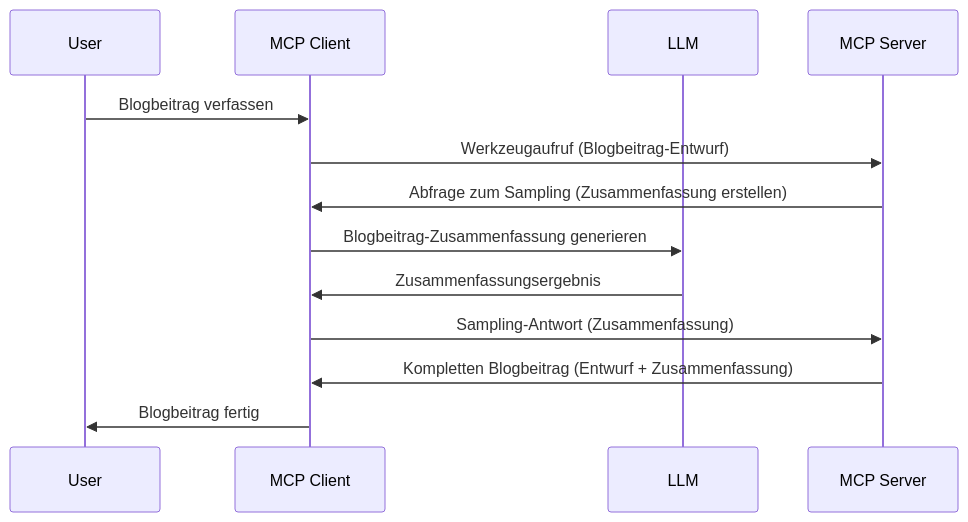
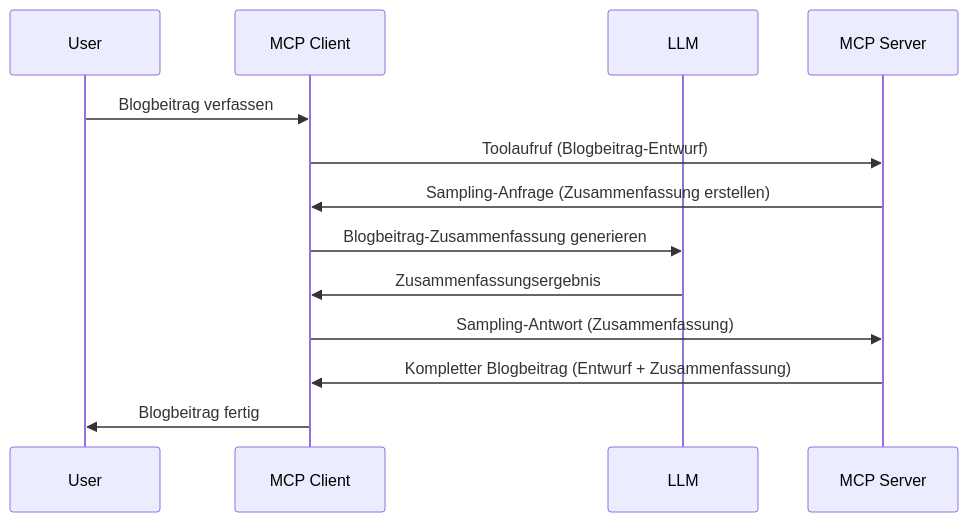
One commit to HIDORAKAI002/ai-workspace-archive changed the diagram in mcp_ecosystem__model_context_protocol/mcp_learning_resources/mcp-for-beginners/translations/de/03-GettingStarted/14-sampling/README.md. Above: the diagram before and after it, drawn with Mermaid. The commit also changed other lines of this file and 1160 other files, not shown here.

````diff
--- a/mcp_ecosystem__model_context_protocol/mcp_learning_resources/mcp-for-beginners/translations/de/03-GettingStarted/14-sampling/README.md
+++ b/mcp_ecosystem__model_context_protocol/mcp_learning_resources/mcp-for-beginners/translations/de/03-GettingStarted/14-sampling/README.md
@@ -23,16 +23,16 @@
 ```mermaid
 sequenceDiagram
     participant User
     participant MCP Client
     participant LLM
     participant MCP Server
 
     User->>MCP Client: Blogbeitrag verfassen
-    MCP Client->>MCP Server: Werkzeugaufruf (Blogbeitrag-Entwurf)
-    MCP Server->>MCP Client: Abfrage zum Sampling (Zusammenfassung erstellen)
+    MCP Client->>MCP Server: Toolaufruf (Blogbeitrag-Entwurf)
+    MCP Server->>MCP Client: Sampling-Anfrage (Zusammenfassung erstellen)
     MCP Client->>LLM: Blogbeitrag-Zusammenfassung generieren
     LLM->>MCP Client: Zusammenfassungsergebnis
     MCP Client->>MCP Server: Sampling-Antwort (Zusammenfassung)
-    MCP Server->>MCP Client: Kompletten Blogbeitrag (Entwurf + Zusammenfassung)
+    MCP Server->>MCP Client: Kompletter Blogbeitrag (Entwurf + Zusammenfassung)
     MCP Client->>User: Blogbeitrag fertig
 ```
````
